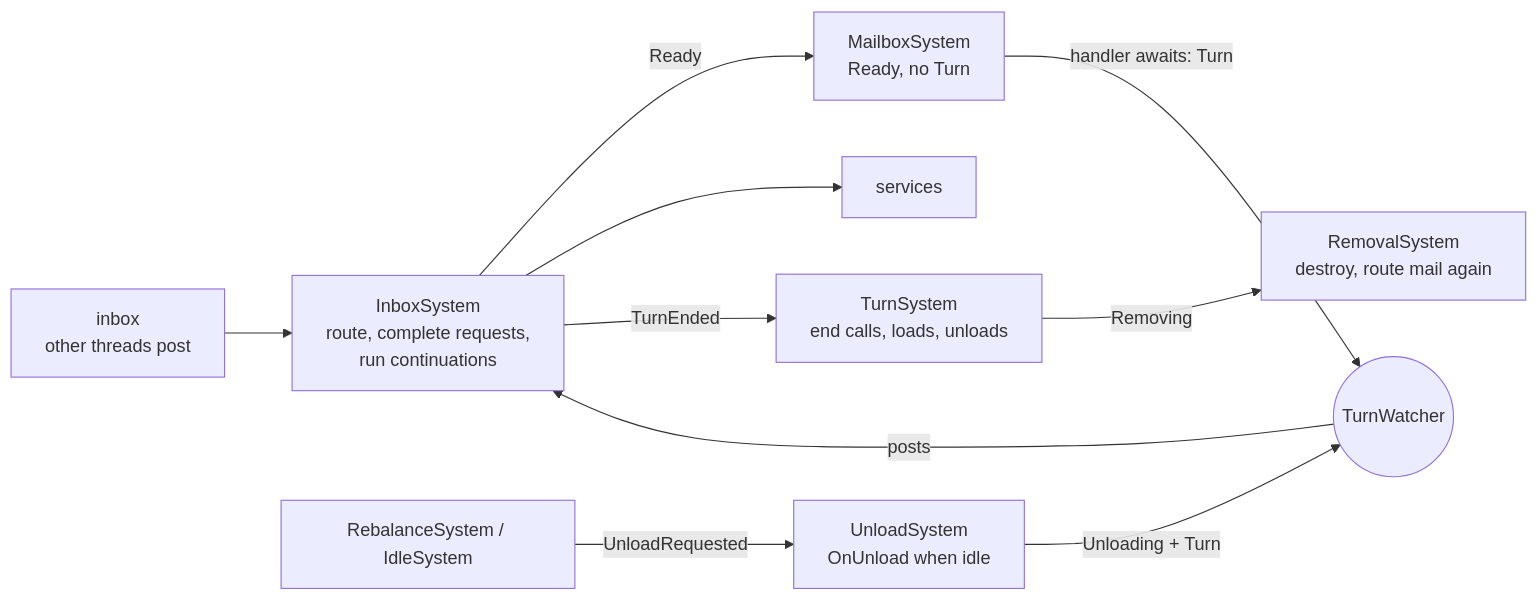
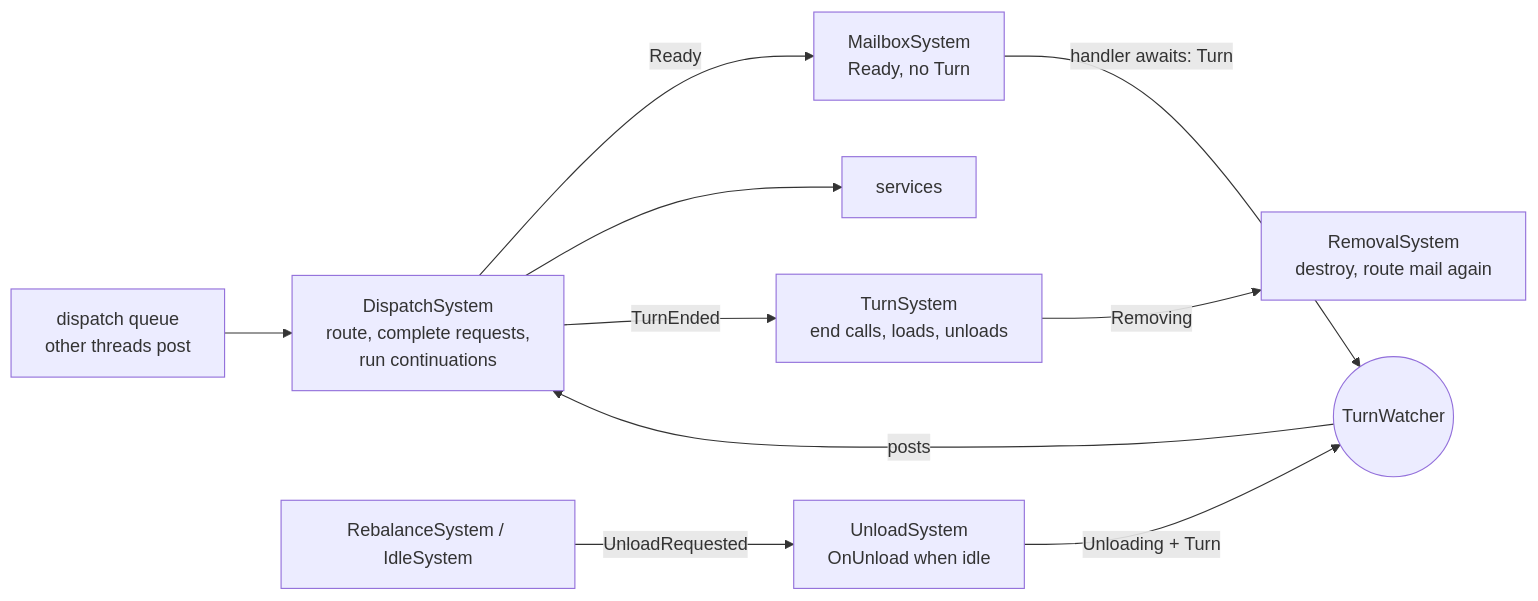
The fourth of 4 diagrams in doc/design.md (JasonXuDeveloper/DaServer), drawn with Mermaid before and after one commit. The commit also changed other lines of this file and 5 other files, not shown here.

````diff
--- a/doc/design.md
+++ b/doc/design.md
@@ -271,12 +277,12 @@
 ```mermaid
 flowchart LR
-    IN[inbox<br/>other threads post] --> I[InboxSystem<br/>route, complete requests,<br/>run continuations]
+    IN[dispatch queue<br/>other threads post] --> I[DispatchSystem<br/>route, complete requests,<br/>run continuations]
     I -->|Ready| M[MailboxSystem<br/>Ready, no Turn]
     I --> S[services]
     M -->|handler awaits: Turn| W((TurnWatcher))
     W -->|posts| I
     I -->|TurnEnded| T[TurnSystem<br/>end calls, loads, unloads]
     T -->|Removing| RT[RemovalSystem<br/>destroy, route mail again]
     R[RebalanceSystem / IdleSystem] -->|UnloadRequested| U[UnloadSystem<br/>OnUnload when idle]
     U -->|Unloading + Turn| W
 ```
````
